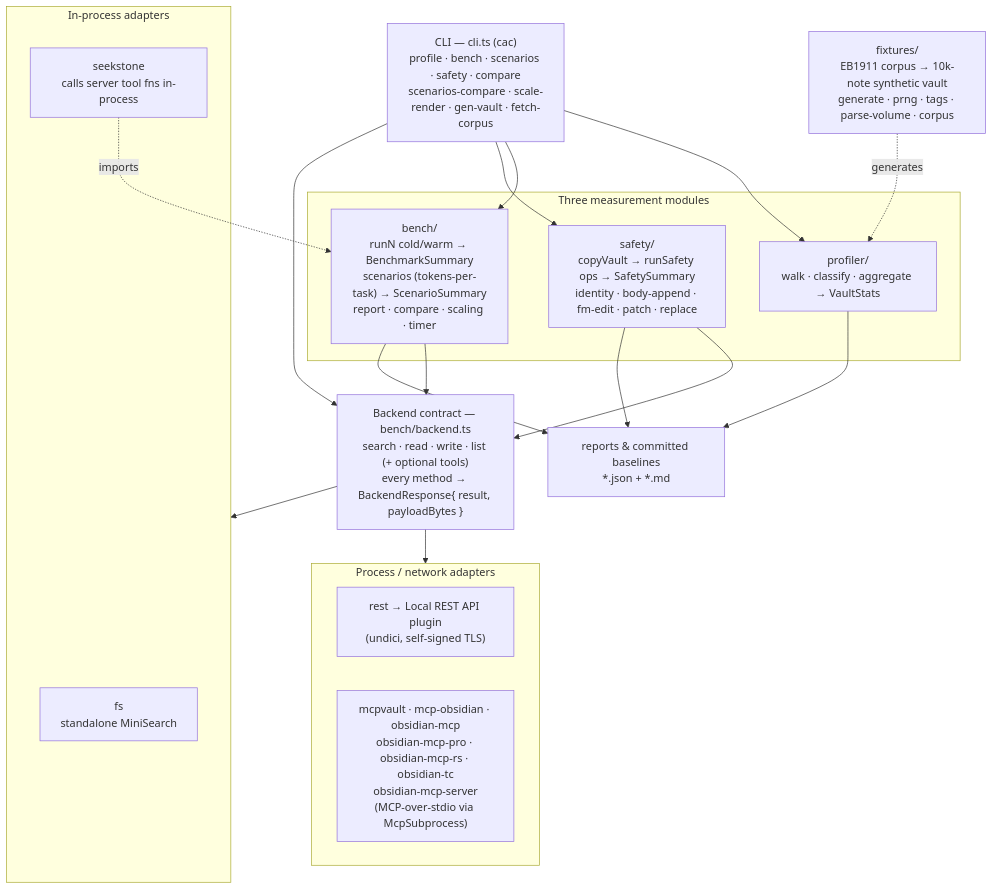
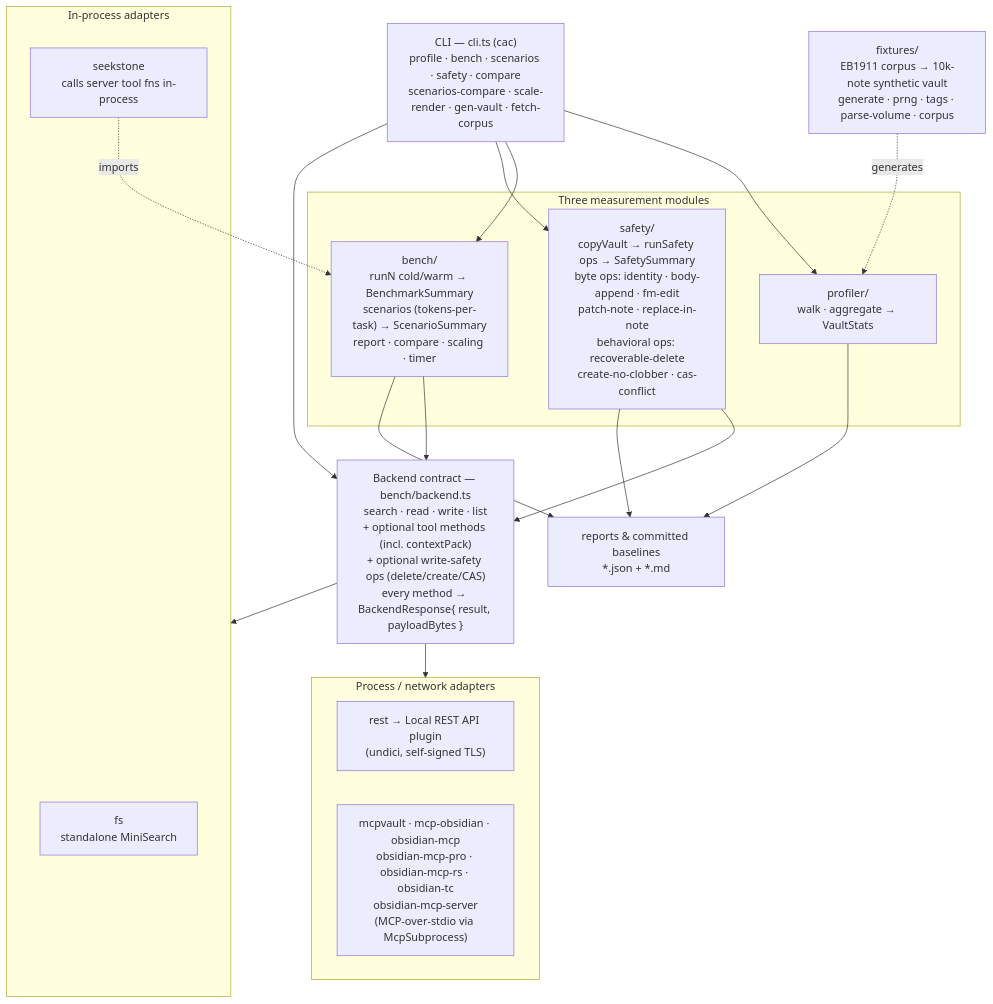
One commit to shaqmughal/seekstone changed the fourth of 5 diagrams in docs/ARCHITECTURE.md. Above: the diagram before and after it, drawn with Mermaid. The commit also changed other lines of this file and 21 other files, not shown here.

````diff
--- a/docs/ARCHITECTURE.md
+++ b/docs/ARCHITECTURE.md
@@ -184,38 +203,38 @@
 ```mermaid
 flowchart TD
     cli["CLI — cli.ts (cac)<br/>profile · bench · scenarios · safety · compare<br/>scenarios-compare · scale-render · gen-vault · fetch-corpus"]
 
-    backend["Backend contract — bench/backend.ts<br/>search · read · write · list (+ optional tools)<br/>every method → BackendResponse{ result, payloadBytes }"]
+    backend["Backend contract — bench/backend.ts<br/>search · read · write · list<br/>+ optional tool methods (incl. contextPack)<br/>+ optional write-safety ops (delete/create/CAS)<br/>every method → BackendResponse{ result, payloadBytes }"]
 
     subgraph inproc["In-process adapters"]
         fs["fs<br/>standalone MiniSearch"]
         seek["seekstone<br/>calls server tool fns in-process"]
     end
     subgraph extern["Process / network adapters"]
         rest["rest → Local REST API plugin<br/>(undici, self-signed TLS)"]
         mcp["mcpvault · mcp-obsidian · obsidian-mcp<br/>obsidian-mcp-pro · obsidian-mcp-rs · obsidian-tc<br/>obsidian-mcp-server<br/>(MCP-over-stdio via McpSubprocess)"]
     end
 
     subgraph modules["Three measurement modules"]
-        profiler["profiler/<br/>walk · classify · aggregate → VaultStats"]
+        profiler["profiler/<br/>walk · aggregate → VaultStats"]
         bench["bench/<br/>runN cold/warm → BenchmarkSummary<br/>scenarios (tokens-per-task) → ScenarioSummary<br/>report · compare · scaling · timer"]
-        safety["safety/<br/>copyVault → runSafety ops → SafetySummary<br/>identity · body-append · fm-edit · patch · replace"]
+        safety["safety/<br/>copyVault → runSafety ops → SafetySummary<br/>byte ops: identity · body-append · fm-edit<br/>patch-note · replace-in-note<br/>behavioral ops: recoverable-delete<br/>create-no-clobber · cas-conflict"]
     end
 
     fixtures["fixtures/<br/>EB1911 corpus → 10k-note synthetic vault<br/>generate · prng · tags · parse-volume · corpus"]
     reports["reports & committed baselines<br/>*.json + *.md"]
 
     cli --> profiler
     cli --> bench
     cli --> safety
     cli --> backend
     backend --> inproc
     backend --> extern
     bench --> backend
     safety --> backend
     bench --> reports
     safety --> reports
     profiler --> reports
     fixtures -. generates .-> profiler
     seek -. imports .-> bench
 ```
````
